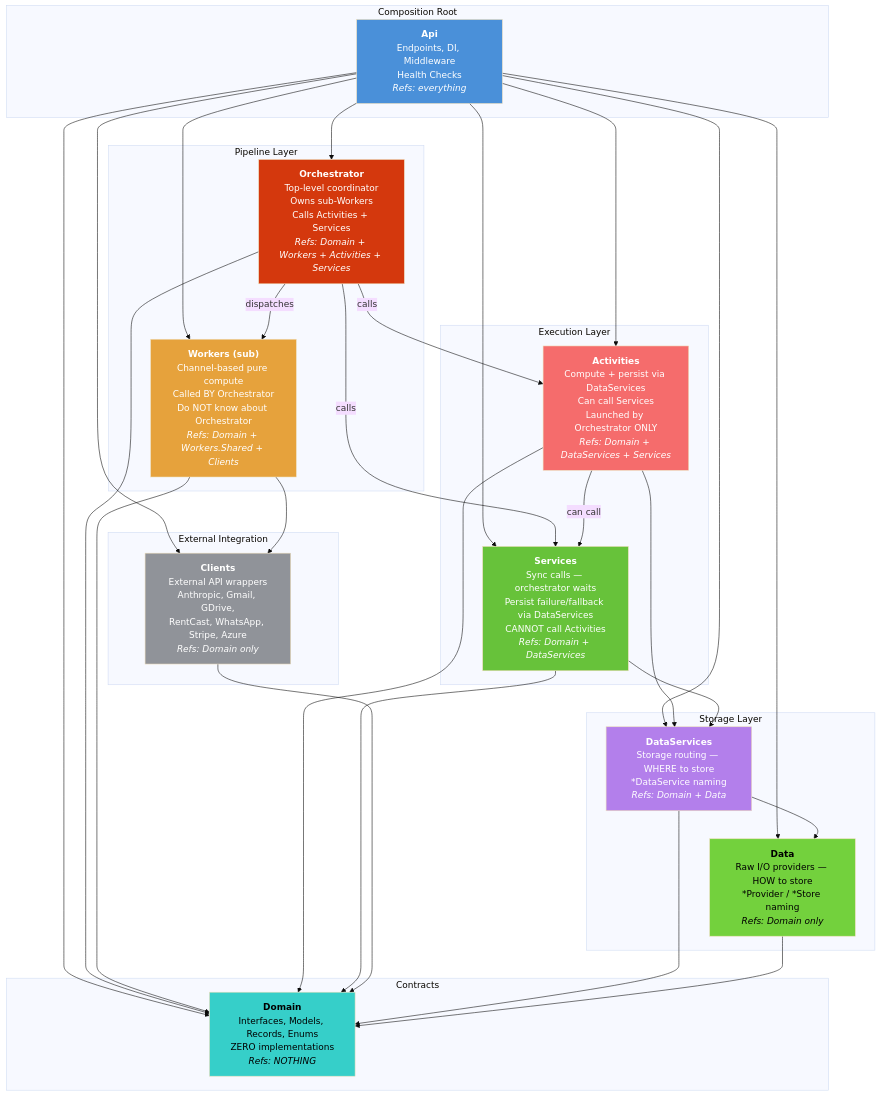
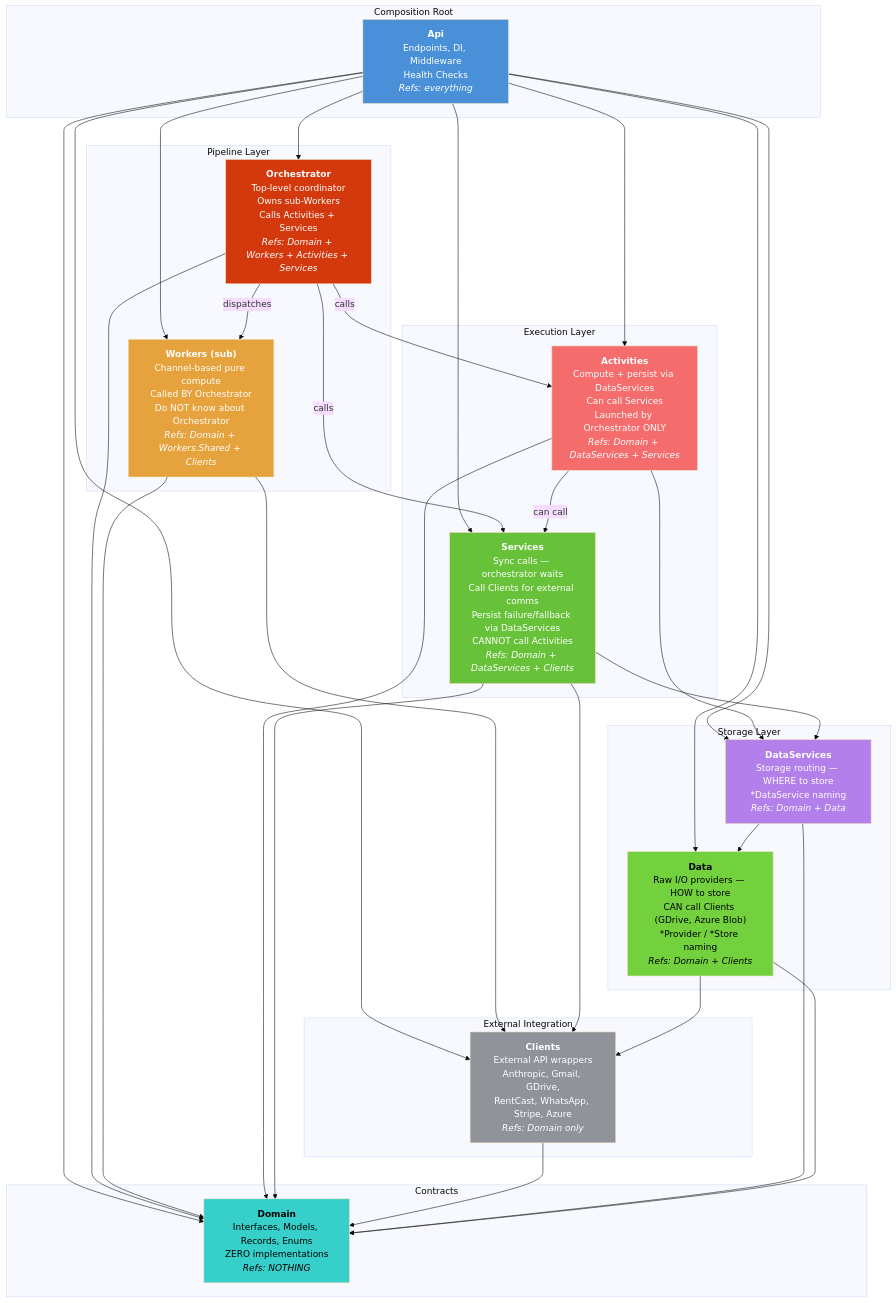
One commit to edward-rosado/jenisesells-website changed the first of 4 diagrams in docs/architecture/project-structure.md. Above: the diagram before and after it, drawn with Mermaid (base theme). The commit also changed other lines of this file and 2 other files, not shown here.

Commit message:
[arch-change-approved] fix: update dependency rules — Services can call Clients, Data can call Clients, Activities can call DataServices

````diff
--- a/docs/architecture/project-structure.md
+++ b/docs/architecture/project-structure.md
@@ -5,68 +5,70 @@
 ```mermaid
 graph TD
     subgraph "Composition Root"
         Api["<b>Api</b><br/>Endpoints, DI, Middleware<br/>Health Checks<br/><i>Refs: everything</i>"]
     end
 
     subgraph "Pipeline Layer"
         Orchestrator["<b>Orchestrator</b><br/>Top-level coordinator<br/>Owns sub-Workers<br/>Calls Activities + Services<br/><i>Refs: Domain + Workers + Activities + Services</i>"]
         Workers["<b>Workers (sub)</b><br/>Channel-based pure compute<br/>Called BY Orchestrator<br/>Do NOT know about Orchestrator<br/><i>Refs: Domain + Workers.Shared + Clients</i>"]
     end
 
     subgraph "Execution Layer"
         Activities["<b>Activities</b><br/>Compute + persist via DataServices<br/>Can call Services<br/>Launched by Orchestrator ONLY<br/><i>Refs: Domain + DataServices + Services</i>"]
-        Services["<b>Services</b><br/>Sync calls — orchestrator waits<br/>Persist failure/fallback via DataServices<br/>CANNOT call Activities<br/><i>Refs: Domain + DataServices</i>"]
+        Services["<b>Services</b><br/>Sync calls — orchestrator waits<br/>Call Clients for external comms<br/>Persist failure/fallback via DataServices<br/>CANNOT call Activities<br/><i>Refs: Domain + DataServices + Clients</i>"]
     end
 
     subgraph "External Integration"
         Clients["<b>Clients</b><br/>External API wrappers<br/>Anthropic, Gmail, GDrive,<br/>RentCast, WhatsApp, Stripe, Azure<br/><i>Refs: Domain only</i>"]
     end
 
     subgraph "Storage Layer"
         DataServices["<b>DataServices</b><br/>Storage routing — WHERE to store<br/>*DataService naming<br/><i>Refs: Domain + Data</i>"]
-        Data["<b>Data</b><br/>Raw I/O providers — HOW to store<br/>*Provider / *Store naming<br/><i>Refs: Domain only</i>"]
+        Data["<b>Data</b><br/>Raw I/O providers — HOW to store<br/>CAN call Clients (GDrive, Azure Blob)<br/>*Provider / *Store naming<br/><i>Refs: Domain + Clients</i>"]
     end
 
     subgraph "Contracts"
         Domain["<b>Domain</b><br/>Interfaces, Models, Records, Enums<br/>ZERO implementations<br/><i>Refs: NOTHING</i>"]
     end
 
     Api --> Orchestrator
     Api --> Workers
     Api --> Services
     Api --> Activities
     Api --> Clients
     Api --> DataServices
     Api --> Data
     Api --> Domain
 
     Orchestrator -->|"dispatches"| Workers
     Orchestrator -->|"calls"| Activities
     Orchestrator -->|"calls"| Services
     Orchestrator --> Domain
 
     Workers --> Domain
     Workers --> Clients
 
     Activities -->|"can call"| Services
     Activities --> DataServices
     Activities --> Domain
 
+    Services --> Clients
     Services --> DataServices
     Services --> Domain
 
     Clients --> Domain
     DataServices --> Domain
     DataServices --> Data
+    Data --> Clients
     Data --> Domain
 
     style Api fill:#4a90d9,color:white
     style Orchestrator fill:#d4380d,color:white
     style Workers fill:#e6a23c,color:white
     style Services fill:#67c23a,color:white
     style Activities fill:#f56c6c,color:white
     style Clients fill:#909399,color:white
     style DataServices fill:#b37feb,color:white
     style Data fill:#73d13d,color:black
     style Domain fill:#36cfc9,color:black
 ```
````
